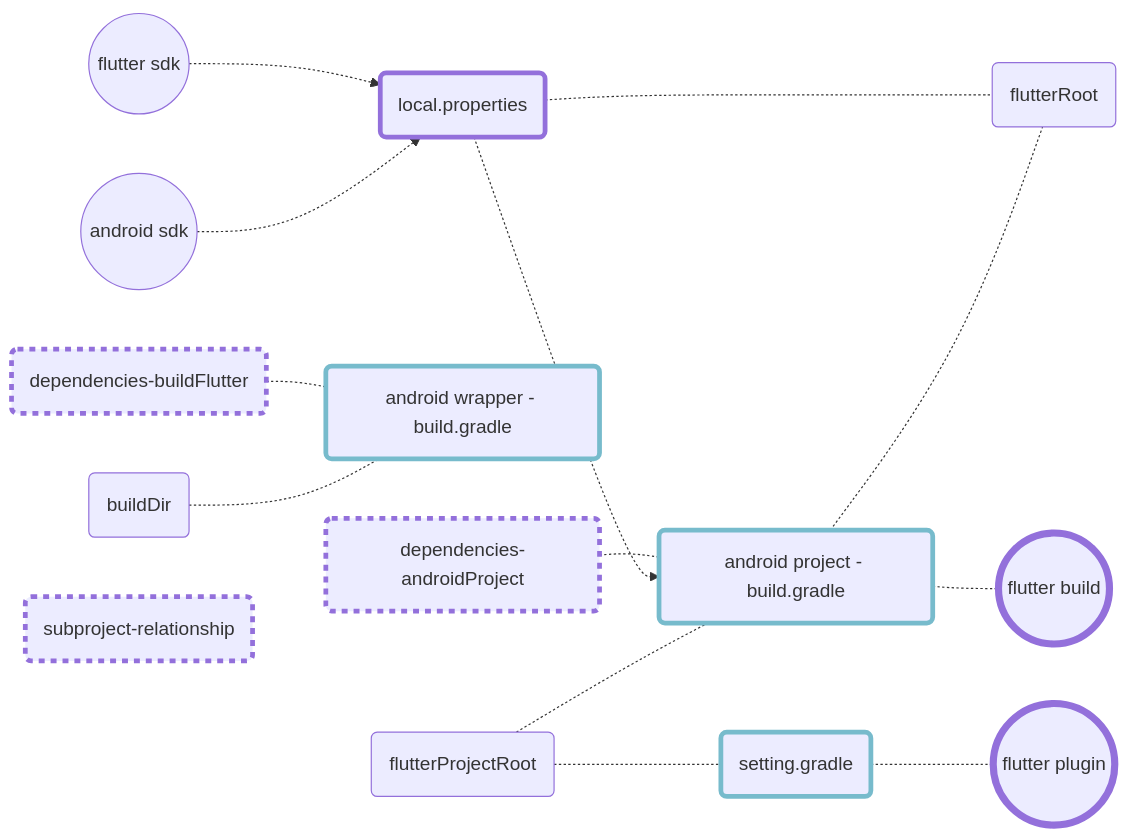
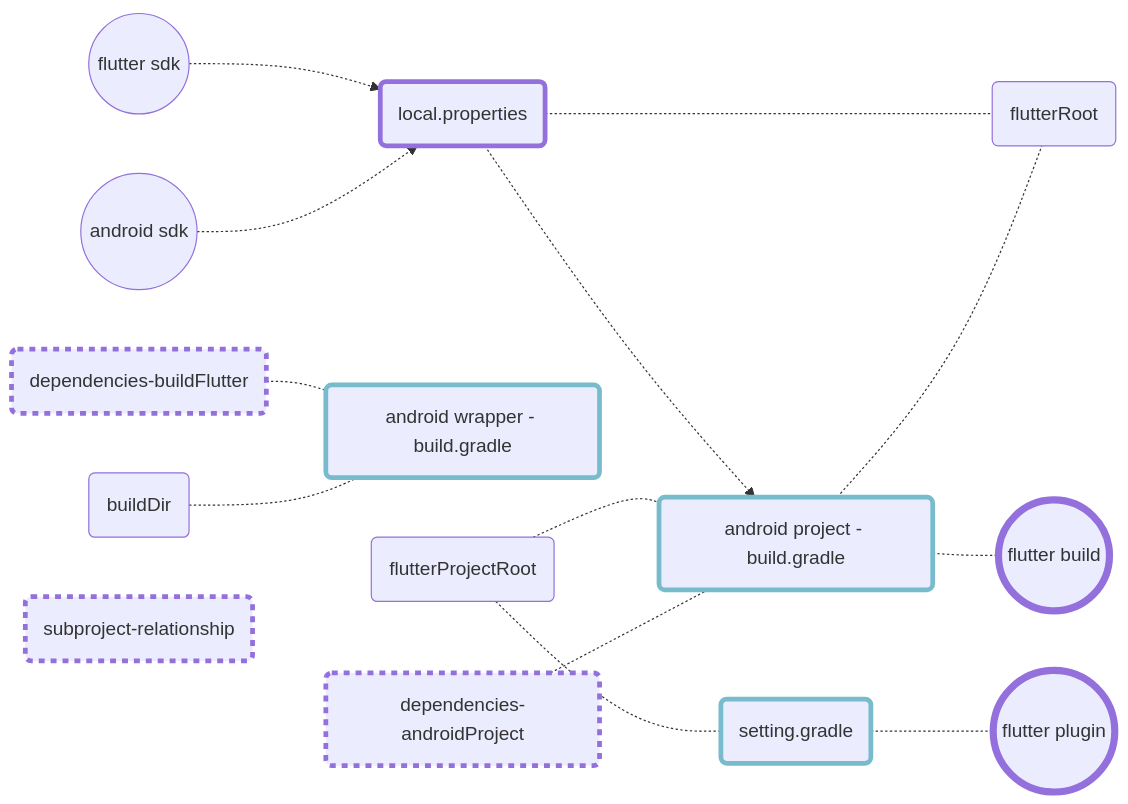
Before and after one commit to gordianknotC/nxp_note: the second of 3 diagrams in flutter/addAndroidProjIntoFlutter.md, drawn with Mermaid. The commit also changed other lines of this file, not shown here.

````diff
--- a/flutter/addAndroidProjIntoFlutter.md
+++ b/flutter/addAndroidProjIntoFlutter.md
@@ -241,44 +241,45 @@
 ```mermaid
 graph LR
 	fdk((flutter sdk))
 	adk((android sdk))
 	
 	fbuild((flutter build))
 	fpgn((flutter plugin))
 	style fbuild stroke-width:6px   
 	style fpgn stroke-width:6px 
 	
 	loc(local.properties)
 	style loc stroke-width:4px   
 	
 	set(setting.gradle)
 	b1(android wrapper - build.gradle)
 	b2(android project - build.gradle)
 	style b1 stroke-width:4px, stroke:#7bc
 	style b2 stroke-width:4px, stroke:#7bc
 	style set stroke-width:4px, stroke:#7bc
 
 	dfr(flutterRoot)
 	dfp(flutterProjectRoot)
 	dfb(buildDir)
 	
 	dandroid(dependencies-androidProject)
 	dflutter(dependencies-buildFlutter)
 	dsub(subproject-relationship)
 	style dandroid stroke-width:4px, stroke-dasharray: 5
 	style dflutter stroke-width:4px, stroke-dasharray: 5
 	style dsub stroke-width:4px, stroke-dasharray: 5
 	
-	dandroid -.- b2
-	dflutter -.- b1
-	dfb -.- b1
+	
 	fdk -.-> loc
 	adk -.-> loc
 	loc -.-> b2
 	loc -.- dfr
 	b2 -.- dfr
 	dfp -.- b2
 	dfp -.- set
 	set -.- fpgn
 	b2 -.- fbuild
+dandroid -.- b2
+dflutter -.- b1
+dfb -.- b1
 ```
````
